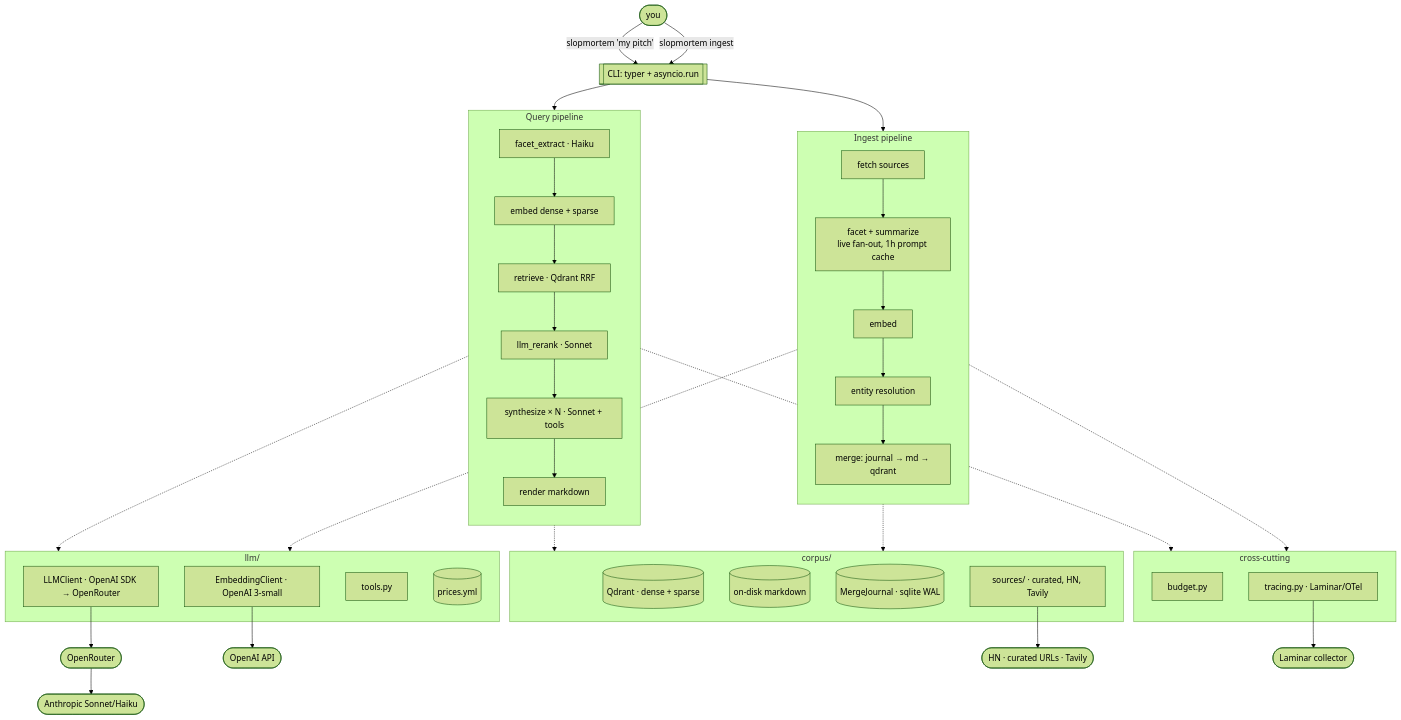
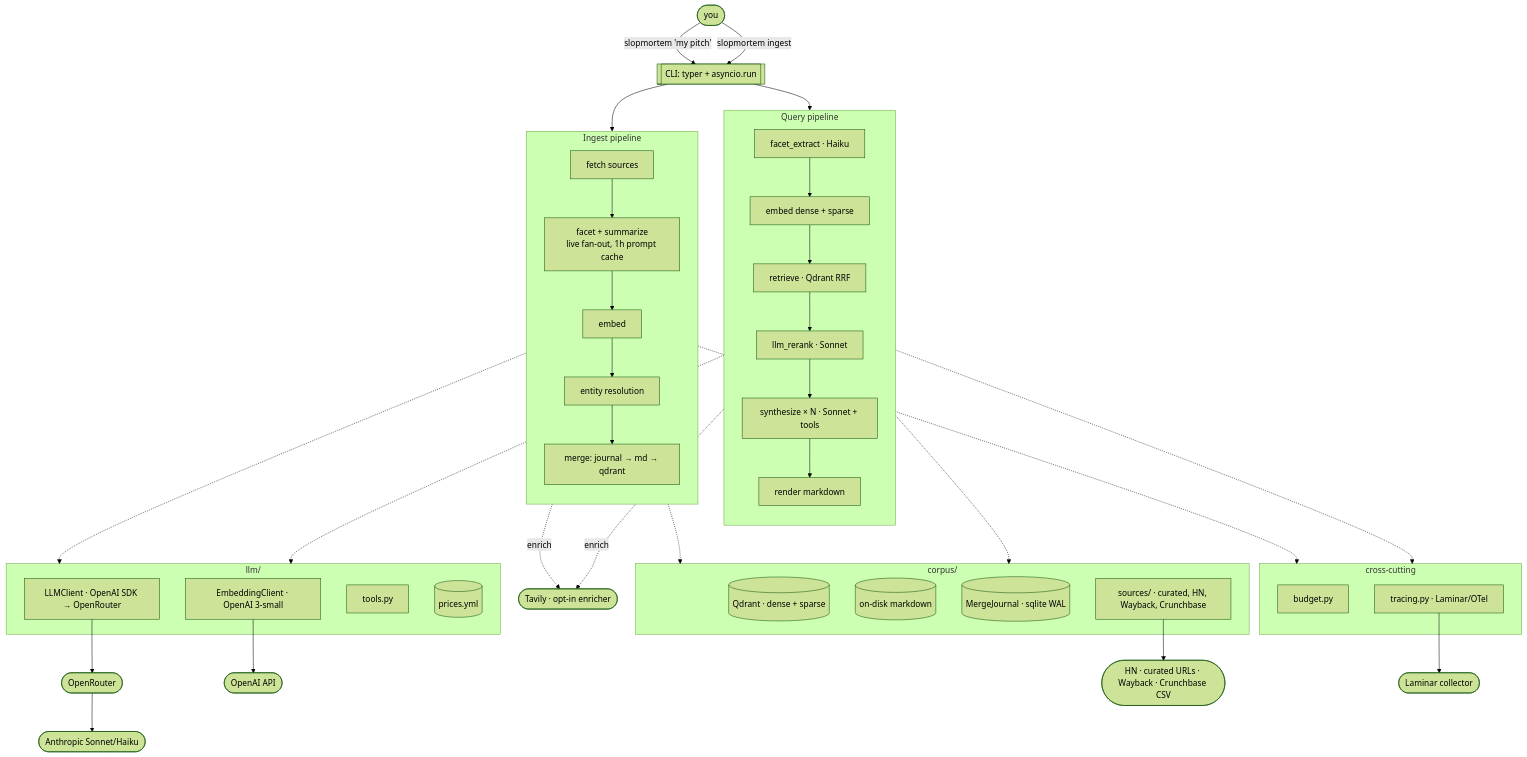
Before and after one commit to vaporif/slopmortem: the diagram in README.md, drawn with Mermaid (forest theme). The commit also changed other lines of this file and 6 other files, not shown here.

````diff
--- a/README.md
+++ b/README.md
@@ -9,65 +9,68 @@
 ```mermaid
 flowchart TB
     User([you])
 
     User -->|"slopmortem 'my pitch'"| CLI
     User -->|"slopmortem ingest"| CLI
 
     CLI[["CLI: typer + asyncio.run"]]
 
     CLI --> Q
     CLI --> I
 
     subgraph Q["Query pipeline"]
         direction TB
         Q1["facet_extract · Haiku"]
         Q2["embed dense + sparse"]
         Q3["retrieve · Qdrant RRF"]
         Q4["llm_rerank · Sonnet"]
         Q5["synthesize × N · Sonnet + tools"]
         Q6["render markdown"]
         Q1 --> Q2 --> Q3 --> Q4 --> Q5 --> Q6
     end
 
     subgraph I["Ingest pipeline"]
         direction TB
         I1["fetch sources"]
         I2["facet + summarize<br/>live fan-out, 1h prompt cache"]
         I3["embed"]
         I4["entity resolution"]
         I5["merge: journal → md → qdrant"]
         I1 --> I2 --> I3 --> I4 --> I5
     end
 
     subgraph llm["llm/"]
         LLMC["LLMClient · OpenAI SDK → OpenRouter"]
         Embed["EmbeddingClient · OpenAI 3-small"]
         Tools["tools.py"]
         Prices[("prices.yml")]
     end
 
     subgraph corpus["corpus/"]
         Qdrant[("Qdrant · dense + sparse")]
         MD[("on-disk markdown")]
         Journal[("MergeJournal · sqlite WAL")]
-        Sources["sources/ · curated, HN, Tavily"]
+        Sources["sources/ · curated, HN, Wayback, Crunchbase"]
     end
 
     subgraph cross["cross-cutting"]
         Budget["budget.py"]
         Trace["tracing.py · Laminar/OTel"]
     end
 
     Q -.-> llm
     Q -.-> corpus
     I -.-> llm
     I -.-> corpus
     Q -.-> cross
     I -.-> cross
 
     LLMC --> OR([OpenRouter])
     OR --> ANT([Anthropic Sonnet/Haiku])
     Embed --> OAI([OpenAI API])
-    Sources --> Web([HN · curated URLs · Tavily])
+    Sources --> Web([HN · curated URLs · Wayback · Crunchbase CSV])
+    TV([Tavily · opt-in enricher])
+    Q5 -.->|enrich| TV
+    I2 -.->|enrich| TV
     Trace --> LMNR([Laminar collector])
 ```
````
